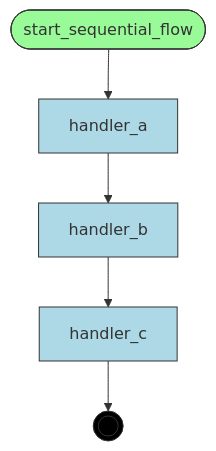
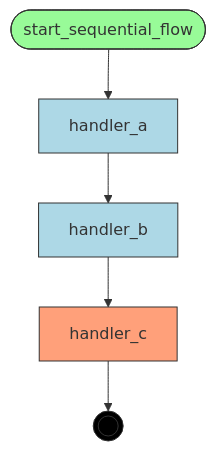
One commit to deliveryhero/asya changed the diagram in examples/flows/compiled/sequential/flow.mmd. Above: the diagram before and after it, drawn with Mermaid. The commit also changed 364 other files, not shown here.

First line of the commit message:
feat(compiler): Phase 2 — 5-step pipeline with manifest generation and FlowInfo (#339)

```diff
--- a/examples/flows/compiled/sequential/flow.mmd
+++ b/examples/flows/compiled/sequential/flow.mmd
@@ -1,21 +1,23 @@
 flowchart TD
     %% Flow: sequential_flow
 
     handler_a[handler_a]
     handler_b[handler_b]
     handler_c[handler_c]
     start_sequential_flow([start_sequential_flow])
     __end__((( )))
 
     start_sequential_flow --> handler_a
     handler_a --> handler_b
     handler_b --> handler_c
     handler_c --> __end__
 
-    classDef entrypoint fill:#98FB98,stroke:#333
+    classDef start fill:#98FB98,stroke:#333
+    classDef endnode fill:#FFA07A,stroke:#333
     classDef router fill:#F5DEB3,stroke:#333
     classDef handler fill:#ADD8E6,stroke:#333
     classDef endpoint fill:#000,stroke:#333,color:#fff
-    class start_sequential_flow entrypoint
-    class handler_a,handler_b,handler_c handler
+    class start_sequential_flow start
+    class handler_c endnode
+    class handler_a,handler_b handler
     class __end__ endpoint
```
